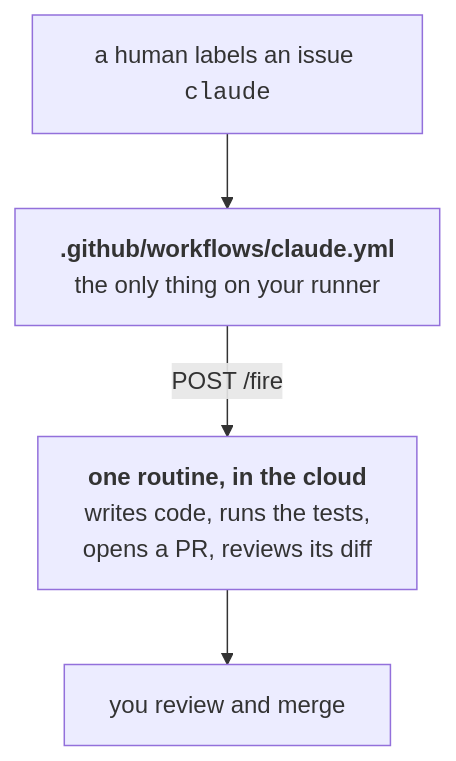
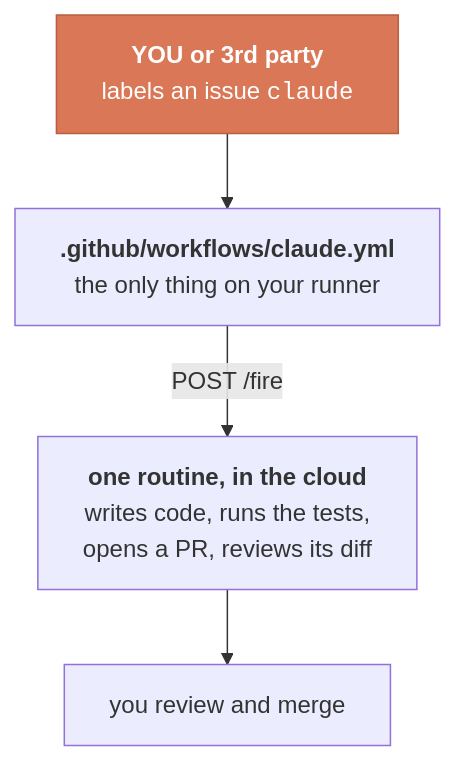
Before and after one commit to Eschults/harness: the diagram in README.md, drawn with Mermaid.

Commit message:
Show the label can come from a 3rd party in the flowchart

````diff
--- a/README.md
+++ b/README.md
@@ -108,11 +108,13 @@
 ```mermaid
 flowchart TD
-    A["a human labels an issue <code>claude</code>"]
+    A["<b>YOU or 3rd party</b><br/>labels an issue <code>claude</code>"]
     B["<b>.github/workflows/claude.yml</b><br/>the only thing on your runner"]
     C["<b>one routine, in the cloud</b><br/>writes code, runs the tests,<br/>opens a PR, reviews its diff"]
     D["you review and merge"]
 
     A --> B
     B -- "POST /fire" --> C
     C --> D
+
+    style A fill:#D97757,stroke:#B85F3F,color:#fff
 ```
````
